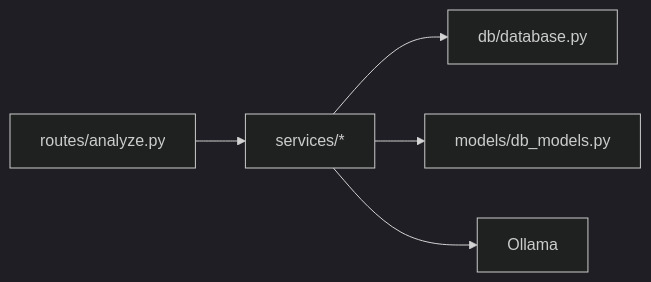
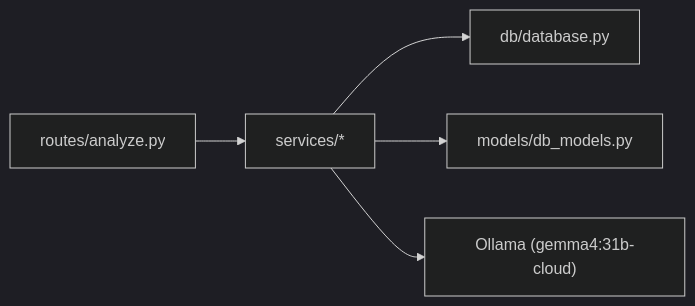
One commit to Revanththetalogics/aireume changed the seventh of 7 diagrams in .qoder/repowiki/en/content/Advanced Topics/Performance Optimization/Performance Optimization.md. Above: the diagram before and after it, drawn with Mermaid (dark theme). The commit also changed other lines of this file and 14 other files, not shown here.

````diff
--- a/.qoder/repowiki/en/content/Advanced Topics/Performance Optimization/Performance Optimization.md
+++ b/.qoder/repowiki/en/content/Advanced Topics/Performance Optimization/Performance Optimization.md
@@ -256,7 +298,7 @@
 ```mermaid
 graph LR
 Routes["routes/analyze.py"] --> Services["services/*"]
 Services --> DB["db/database.py"]
 Services --> Models["models/db_models.py"]
-Services --> Ollama["Ollama"]
+Services --> Ollama["Ollama (gemma4:31b-cloud)"]
 ```
````
